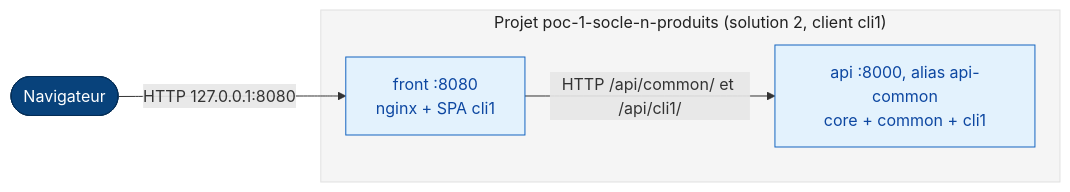
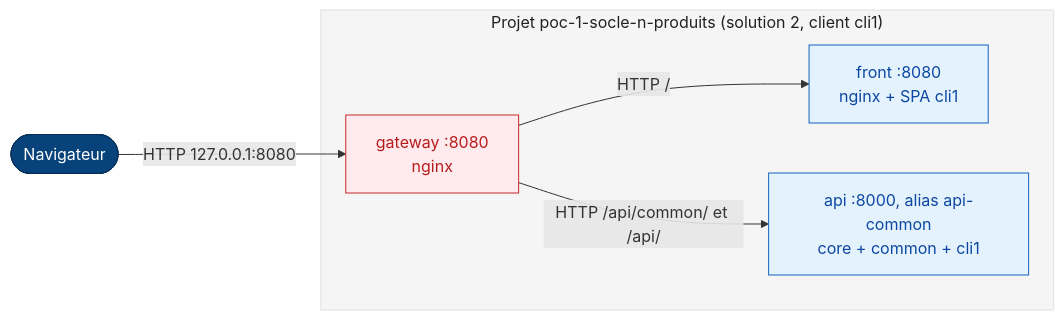
Before and after one commit to cvagner/poc-1-socle-n-produits: the fifth of 6 diagrams in README.md, drawn with Mermaid. The commit also changed other lines of this file and 4 other files, not shown here.

````diff
--- a/README.md
+++ b/README.md
@@ -272,28 +277,30 @@
 ```mermaid
 flowchart LR
     %% ===== Palette architecture v1 =====
     classDef person   fill:#08427B,color:#FFFFFF,stroke:#052E56
     classDef app      fill:#E3F2FD,color:#0D47A1,stroke:#1565C0
     classDef gateway  fill:#FFEBEE,color:#B71C1C,stroke:#C62828
     classDef iam      fill:#F3E5F5,color:#4A148C,stroke:#8E24AA
     classDef data     fill:#E8F5E9,color:#1B5E20,stroke:#2E7D32
     classDef job      fill:#FFF3E0,color:#BF360C,stroke:#E65100
     classDef obs      fill:#ECEFF1,color:#263238,stroke:#546E7A
     classDef infra    fill:#FAFAFA,color:#212121,stroke:#616161
     classDef external fill:#FFFFFF,color:#424242,stroke:#757575,stroke-dasharray:5 3
     classDef level1   fill:#F5F5F5,color:#212121,stroke:#E0E0E0
     classDef level2   fill:#FFFFFF,color:#424242,stroke:#FFFFFF
     classDef level3   fill:#F5F5F5,color:#424242,stroke:#F5F5F5
     %% ===== Fin palette =====
 
     navigateur(["Navigateur"]):::person
 
     subgraph projet["Projet poc-1-socle-n-produits (solution 2, client cli1)"]
+        gateway["gateway :8080<br/>nginx"]:::gateway
         front["front :8080<br/>nginx + SPA cli1"]:::app
         api["api :8000, alias api-common<br/>core + common + cli1"]:::app
     end
     class projet level1
 
-    navigateur -->|"HTTP 127.0.0.1:8080"| front
-    front -->|"HTTP /api/common/ et /api/cli1/"| api
+    navigateur -->|"HTTP 127.0.0.1:8080"| gateway
+    gateway -->|"HTTP /"| front
+    gateway -->|"HTTP /api/common/ et /api/"| api
 ```
````
